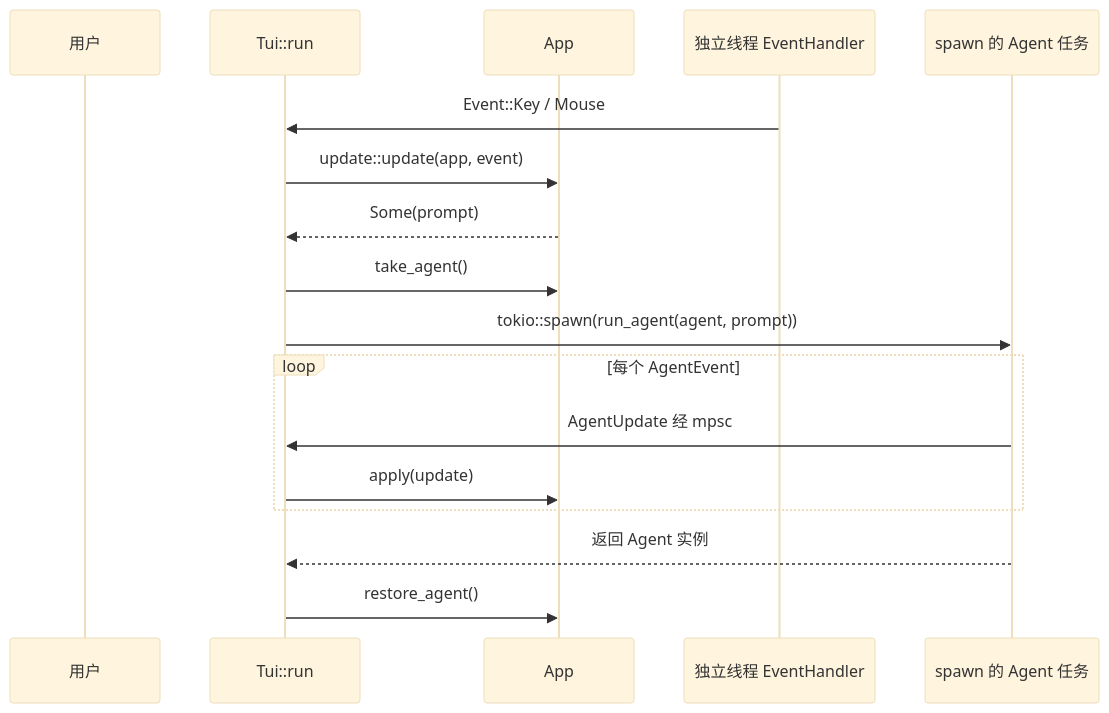
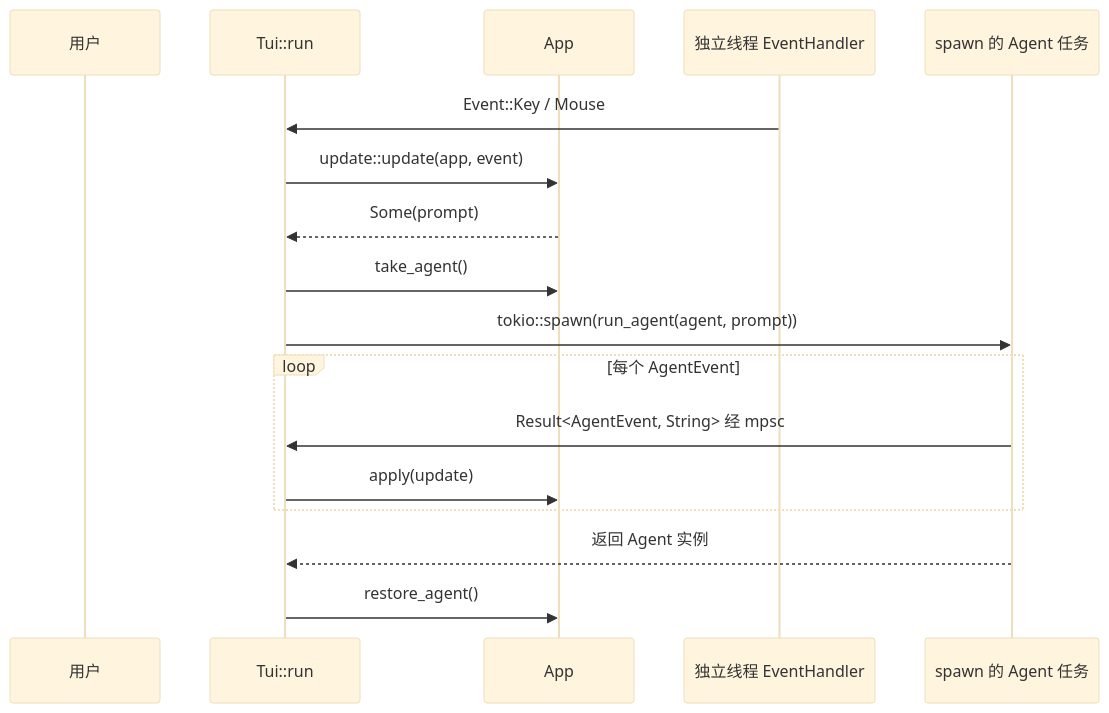
One commit to Seann0824/Shirley changed the eighth of 9 diagrams in docs/architecture.md. Above: the diagram before and after it, drawn with Mermaid (base theme). The commit also changed other lines of this file and 5 other files, not shown here.

````diff
--- a/docs/architecture.md
+++ b/docs/architecture.md
@@ -155,20 +159,20 @@
 ```mermaid
 sequenceDiagram
     participant U as 用户
     participant T as Tui::run
     participant A as App
     participant W as 独立线程 EventHandler
     participant K as spawn 的 Agent 任务
 
     W->>T: Event::Key / Mouse
     T->>A: update::update(app, event)
     A-->>T: Some(prompt)
     T->>A: take_agent()
     T->>K: tokio::spawn(run_agent(agent, prompt))
     loop 每个 AgentEvent
-        K->>T: AgentUpdate 经 mpsc
+        K->>T: Result<AgentEvent, String> 经 mpsc
         T->>A: apply(update)
     end
     K-->>T: 返回 Agent 实例
     T->>A: restore_agent()
 ```
````
